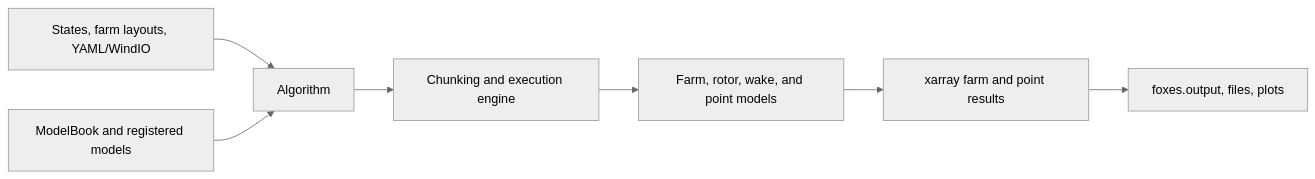
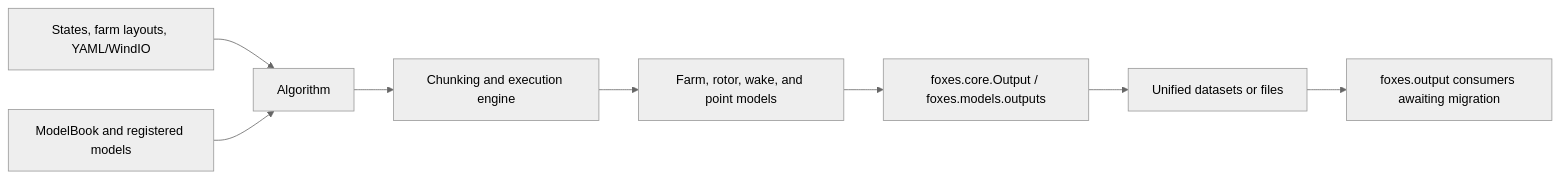
One commit to FraunhoferIWES/foxes changed the diagram in docs/architecture.md. Above: the diagram before and after it, drawn with Mermaid (neutral theme). The commit also changed other lines of this file and 20 other files, not shown here.

Commit message:
dev farm_results using agent

````diff
--- a/docs/architecture.md
+++ b/docs/architecture.md
@@ -40,9 +41,10 @@
 ```mermaid
 flowchart LR
     Inputs[States, farm layouts, YAML/WindIO] --> Algorithm
     ModelBook[ModelBook and registered models] --> Algorithm
     Algorithm --> Engine[Chunking and execution engine]
     Engine --> Models[Farm, rotor, wake, and point models]
-    Models --> Results[xarray farm and point results]
-    Results --> Output[foxes.output, files, plots]
+    Models --> Output[foxes.core.Output / foxes.models.outputs]
+    Output --> Results[Unified datasets or files]
+    Results --> Evaluation[foxes.output consumers awaiting migration]
 ```
````
